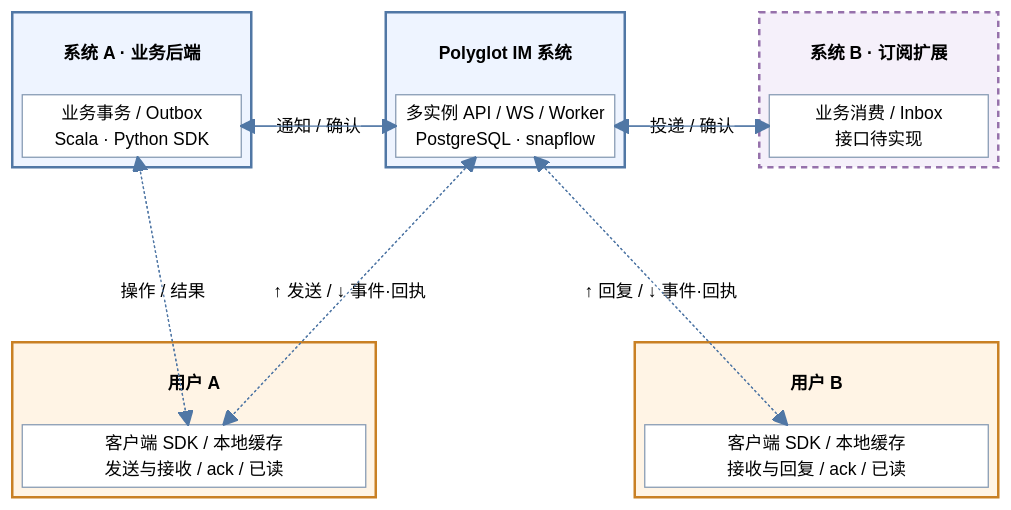
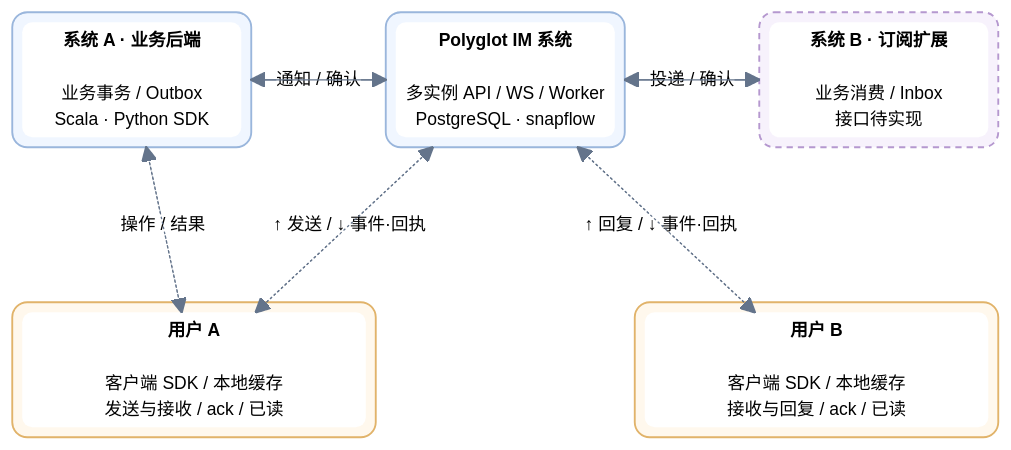
The diagram in README.md (bitlap/polyglot-im), drawn with Mermaid before and after one commit. The commit also changed other lines of this file and 8 other files, not shown here.

Commit message:
docs: 美化 Mermaid 图并统一直角折线

````diff
--- a/README.md
+++ b/README.md
@@ -9,53 +9,46 @@
 ```mermaid
-%%{init: {"theme": "base", "themeVariables": {"fontSize": "14px", "primaryColor": "#ffffff", "primaryBorderColor": "#8599b2", "primaryTextColor": "#24364b", "lineColor": "#5077a5"}, "themeCSS": ".edge-pattern-dotted { stroke: #c47a1c !important; stroke-width: 2px !important; stroke-dasharray: 4 8 !important; } .edge-pattern-solid { stroke: #5077a5 !important; }"}}%%
+%%{init: {"theme":"base","flowchart":{"curve":"stepBefore"},"themeVariables":{"fontSize":"14px","primaryColor":"#ffffff","primaryBorderColor":"#cbd5e1","primaryTextColor":"#1e293b","lineColor":"#64748b","edgeLabelBackground":"#ffffff"},"themeCSS":".edge-pattern-dotted { stroke: #d68a26 !important; stroke-width: 1.6px !important; stroke-dasharray: 5 7 !important; } .edge-pattern-solid { stroke: #64748b !important; stroke-width: 1.6px !important; } .edgeLabel rect { fill: #ffffff !important; opacity: 1 !important; rx: 5; ry: 5; } .block rect { rx: 10; ry: 10; }"}}%%
 block-beta
   columns 8
   block:Business:2
     columns 1
-    BusinessTitle["系统 A · 业务后端"]
-    SA["业务事务 / Outbox<br/>Scala · Python SDK"]
+    SA["<b>系统 A · 业务后端</b><br/><br/>业务事务 / Outbox<br/>Scala · Python SDK"]
   end
   space
   block:IM:2
     columns 1
-    IMTitle["Polyglot IM 系统"]
-    API["多实例 API / WS / Worker<br/>PostgreSQL · snapflow"]
+    API["<b>Polyglot IM 系统</b><br/><br/>多实例 API / WS / Worker<br/>PostgreSQL · snapflow"]
   end
   space
   block:Subscriber:2
     columns 1
-    SubscriberTitle["系统 B · 订阅扩展"]
-    SB["业务消费 / Inbox<br/>接口待实现"]
+    SB["<b>系统 B · 订阅扩展</b><br/><br/>业务消费 / Inbox<br/>接口待实现"]
   end
   space:8
   block:Alice:3
     columns 1
-    AliceTitle["用户 A"]
-    UA["客户端 SDK / 本地缓存<br/>发送与接收 / ack / 已读"]
+    UA["<b>用户 A</b><br/><br/>客户端 SDK / 本地缓存<br/>发送与接收 / ack / 已读"]
   end
   space:2
   block:Bob:3
     columns 1
-    BobTitle["用户 B"]
-    UB["客户端 SDK / 本地缓存<br/>接收与回复 / ack / 已读"]
+    UB["<b>用户 B</b><br/><br/>客户端 SDK / 本地缓存<br/>接收与回复 / ack / 已读"]
   end
-  SA -- "通知 / 确认" --> API
-  API --> SA
-  API -- "投递 / 确认" --> SB
-  SB --> API
-  API -. "↑ 发送 / ↓ 事件·回执" .-> UA
-  UA -.-> API
-  API -. "↑ 回复 / ↓ 事件·回执" .-> UB
-  UB -.-> API
-  SA -. "操作 / 结果" .-> UA
-  UA -.-> SA
-  style Business fill:#eef4ff,stroke:#5077a5,stroke-width:2px
-  style IM fill:#eef4ff,stroke:#5077a5,stroke-width:2px
-  style Subscriber fill:#f5f0fa,stroke:#9671ab,stroke-width:2px,stroke-dasharray:5 4
-  style Alice fill:#fff4e5,stroke:#c98024,stroke-width:2px
-  style Bob fill:#fff4e5,stroke:#c98024,stroke-width:2px
-  classDef title fill:none,stroke:none,font-weight:bold
-  class BusinessTitle,IMTitle,SubscriberTitle,AliceTitle,BobTitle title
-  classDef component fill:#fff,stroke:#8599b2
+  Business -- "通知 / 确认" --> IM
+  IM --> Business
+  IM -- "投递 / 确认" --> Subscriber
+  Subscriber --> IM
+  IM -. "↑ 发送 / ↓ 事件·回执" .-> UA
+  UA -.-> IM
+  IM -. "↑ 回复 / ↓ 事件·回执" .-> UB
+  UB -.-> IM
+  Business -. "操作 / 结果" .-> UA
+  UA -.-> Business
+  style Business fill:#f0f6ff,stroke:#9ab6dc,stroke-width:1.5px,rx:12,ry:12
+  style IM fill:#f0f6ff,stroke:#9ab6dc,stroke-width:1.5px,rx:12,ry:12
+  style Subscriber fill:#f7f2fc,stroke:#b598cf,stroke-width:1.5px,stroke-dasharray:5 4,rx:12,ry:12
+  style Alice fill:#fff8ed,stroke:#e1b36a,stroke-width:1.5px,rx:12,ry:12
+  style Bob fill:#fff8ed,stroke:#e1b36a,stroke-width:1.5px,rx:12,ry:12
+  classDef component fill:#ffffff,stroke:none,color:#475569,rx:8,ry:8
   class SA,API,SB,UA,UB component
 ```
````
